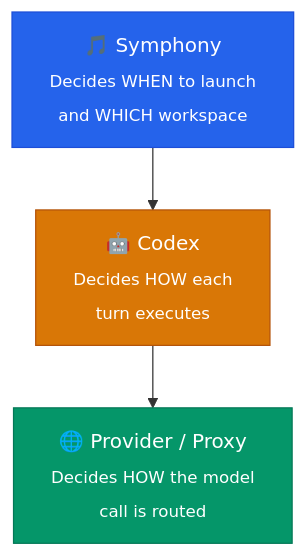
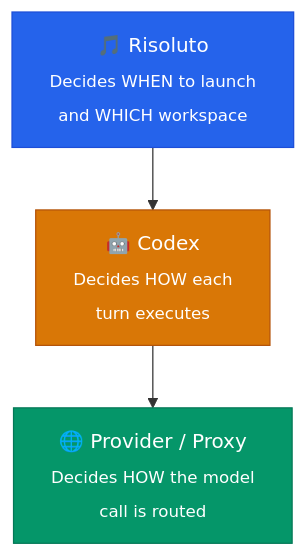
Before and after one commit to OmerFarukOruc/risoluto: the third of 3 diagrams in README.md, drawn with Mermaid. The commit also changed other lines of this file and 348 other files, not shown here.

````diff
--- a/README.md
+++ b/README.md
@@ -433,12 +434,12 @@
 ```mermaid
 flowchart TB
-    S["🎵 Symphony<br/><sub>Decides WHEN to launch<br/>and WHICH workspace</sub>"]
+    S["🎵 Risoluto<br/><sub>Decides WHEN to launch<br/>and WHICH workspace</sub>"]
     C["🤖 Codex<br/><sub>Decides HOW each<br/>turn executes</sub>"]
     P["🌐 Provider / Proxy<br/><sub>Decides HOW the model<br/>call is routed</sub>"]
 
     S --> C --> P
 
     style S fill:#2563eb,stroke:#1d4ed8,color:#fff
     style C fill:#d97706,stroke:#b45309,color:#fff
     style P fill:#059669,stroke:#047857,color:#fff
 ```
````
